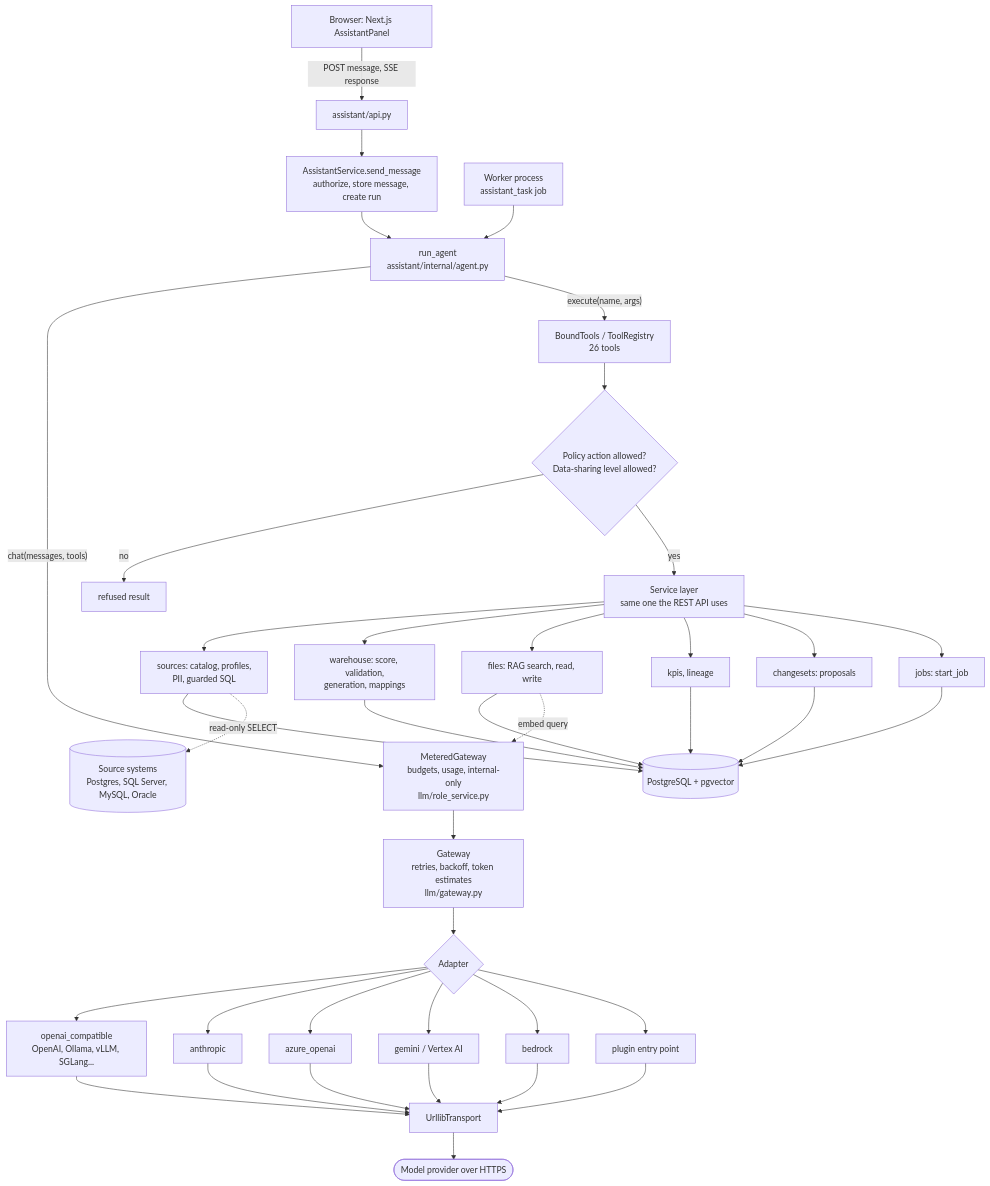
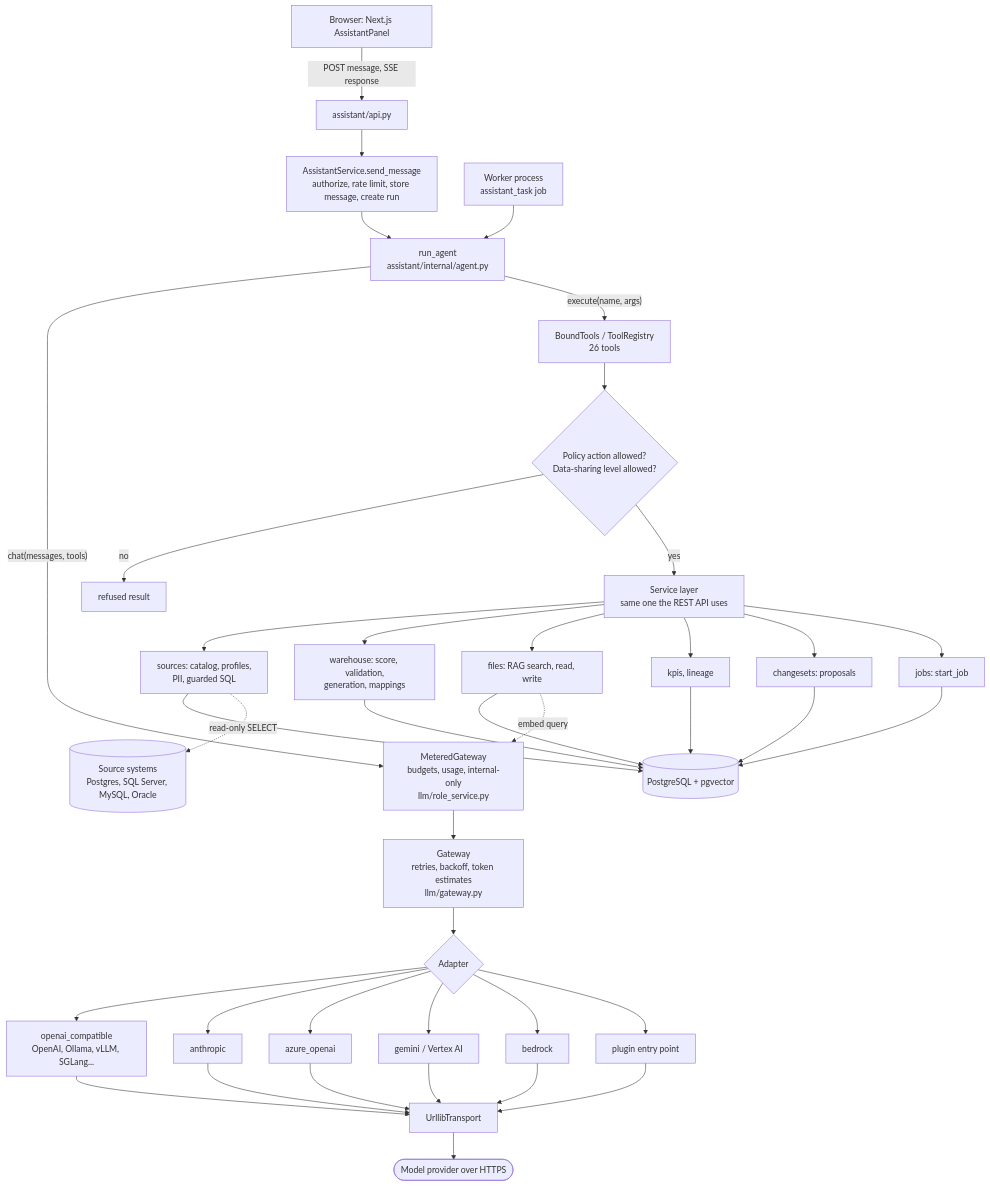
Before and after one commit to EslamAlaaZaki/dawam: the first of 13 diagrams in docs/ai-architecture.md, drawn with Mermaid. The commit also changed other lines of this file, not shown here.

Commit message:
docs: Epic 28 diagrams and 7.3 wording (#419)

````diff
--- a/docs/ai-architecture.md
+++ b/docs/ai-architecture.md
@@ -48,32 +48,32 @@
 ```mermaid
 flowchart TD
     UI["Browser: Next.js AssistantPanel"] -->|"POST message, SSE response"| API["assistant/api.py"]
-    API --> SVC["AssistantService.send_message<br/>authorize, store message, create run"]
+    API --> SVC["AssistantService.send_message<br/>authorize, rate limit, store message, create run"]
     SVC --> LOOP["run_agent<br/>assistant/internal/agent.py"]
     WORKER["Worker process<br/>assistant_task job"] --> LOOP
 
     LOOP -->|"chat(messages, tools)"| MG["MeteredGateway<br/>budgets, usage, internal-only<br/>llm/role_service.py"]
     MG --> GW["Gateway<br/>retries, backoff, token estimates<br/>llm/gateway.py"]
     GW --> AD{"Adapter"}
     AD --> A1["openai_compatible<br/>OpenAI, Ollama, vLLM, SGLang..."]
     AD --> A2["anthropic"]
     AD --> A3["azure_openai"]
     AD --> A4["gemini / Vertex AI"]
     AD --> A5["bedrock"]
     AD --> A6["plugin entry point"]
     A1 & A2 & A3 & A4 & A5 & A6 --> TR["UrllibTransport"] --> P(["Model provider over HTTPS"])
 
     LOOP -->|"execute(name, args)"| TOOLS["BoundTools / ToolRegistry<br/>26 tools"]
     TOOLS --> AUTHZ{"Policy action allowed?<br/>Data-sharing level allowed?"}
     AUTHZ -->|no| REF["refused result"]
     AUTHZ -->|yes| SL["Service layer<br/>same one the REST API uses"]
     SL --> S1["sources: catalog, profiles,<br/>PII, guarded SQL"]
     SL --> S2["warehouse: score, validation,<br/>generation, mappings"]
     SL --> S3["files: RAG search, read, write"]
     SL --> S4["kpis, lineage"]
     SL --> S5["changesets: proposals"]
     SL --> S6["jobs: start_job"]
     S1 & S2 & S3 & S4 & S5 & S6 --> DB[("PostgreSQL + pgvector")]
     S1 -.->|"read-only SELECT"| SRC[("Source systems<br/>Postgres, SQL Server, MySQL, Oracle")]
     S3 -.->|"embed query"| MG
 ```
````
